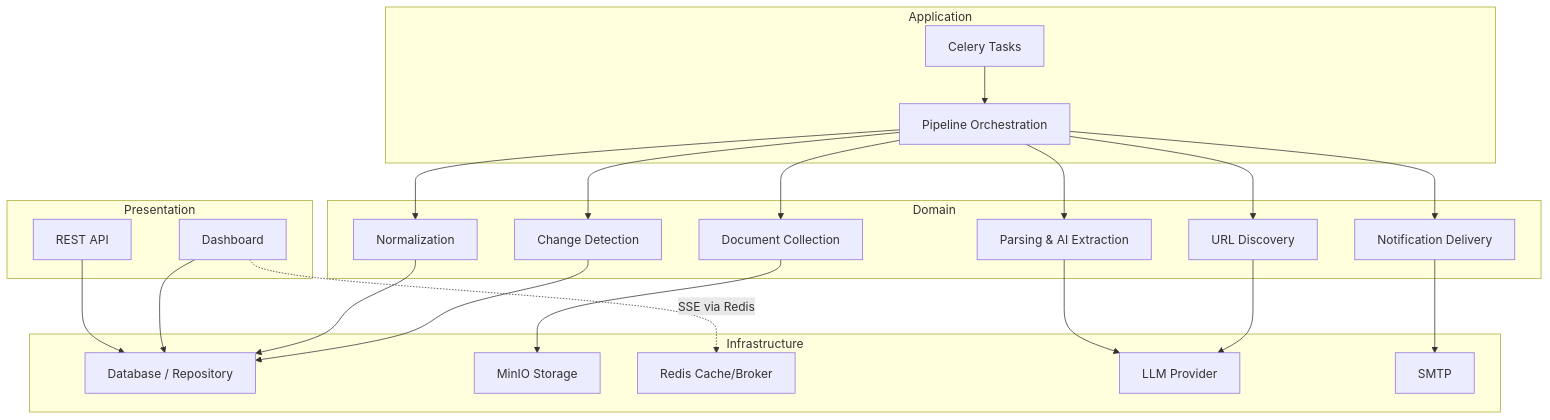
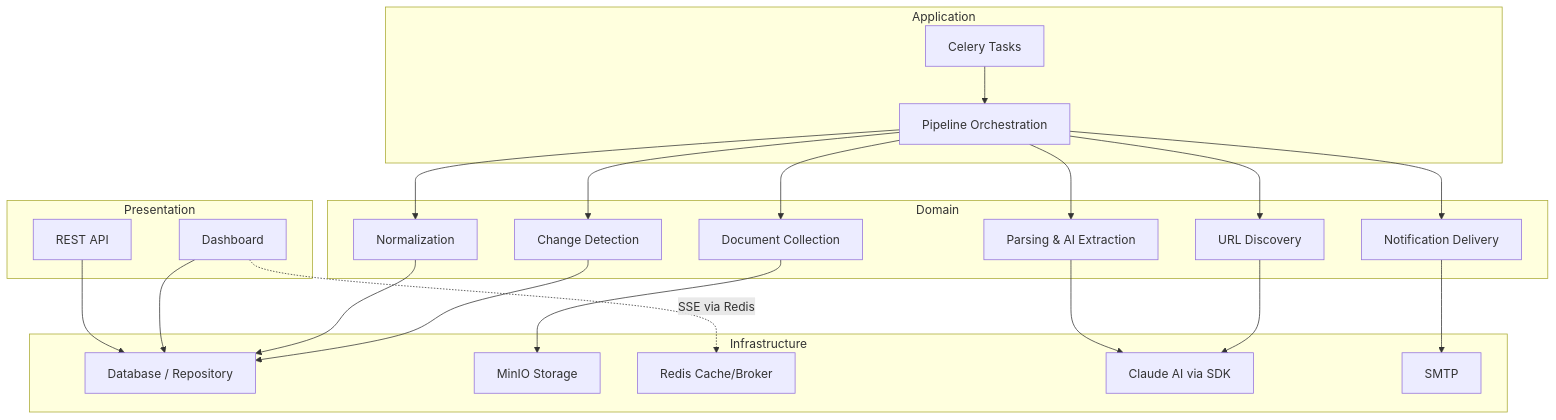
The third of 3 diagrams in docs/wiki/Architecture-Overview.md (seoyds/exnot), drawn with Mermaid before and after one commit. The commit also changed other lines of this file and 11 other files, not shown here.

First line of the commit message:
docs: update wiki to reflect Claude Agent SDK migration

````diff
--- a/docs/wiki/Architecture-Overview.md
+++ b/docs/wiki/Architecture-Overview.md
@@ -143,48 +137,48 @@
 ```mermaid
 graph TB
     subgraph "Presentation"
         REST[REST API]
         DASH[Dashboard]
     end
 
     subgraph "Application"
         Pipelines[Pipeline Orchestration]
         Tasks[Celery Tasks]
     end
 
     subgraph "Domain"
         Scraping[Document Collection]
         Parsing[Parsing & AI Extraction]
         Normalization[Normalization]
         Diffing[Change Detection]
         Notifications[Notification Delivery]
         Discovery[URL Discovery]
     end
 
     subgraph "Infrastructure"
         DB[Database / Repository]
         Storage[MinIO Storage]
         Cache[Redis Cache/Broker]
-        LLM[LLM Provider]
+        LLM[Claude AI via SDK]
         Email[SMTP]
     end
 
     REST --> DB
     DASH --> DB
     DASH -.->|SSE via Redis| Cache
 
     Tasks --> Pipelines
     Pipelines --> Scraping
     Pipelines --> Parsing
     Pipelines --> Normalization
     Pipelines --> Diffing
     Pipelines --> Notifications
     Pipelines --> Discovery
 
     Scraping --> Storage
     Parsing --> LLM
     Normalization --> DB
     Diffing --> DB
     Notifications --> Email
     Discovery --> LLM
 ```
````
